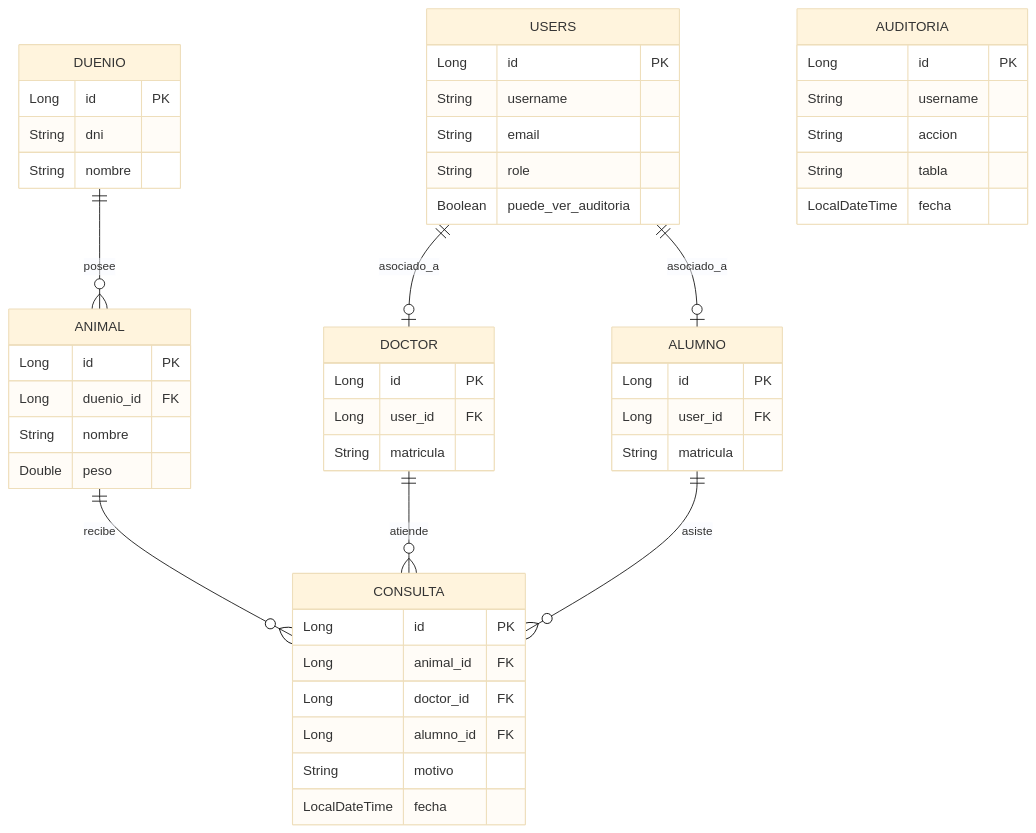
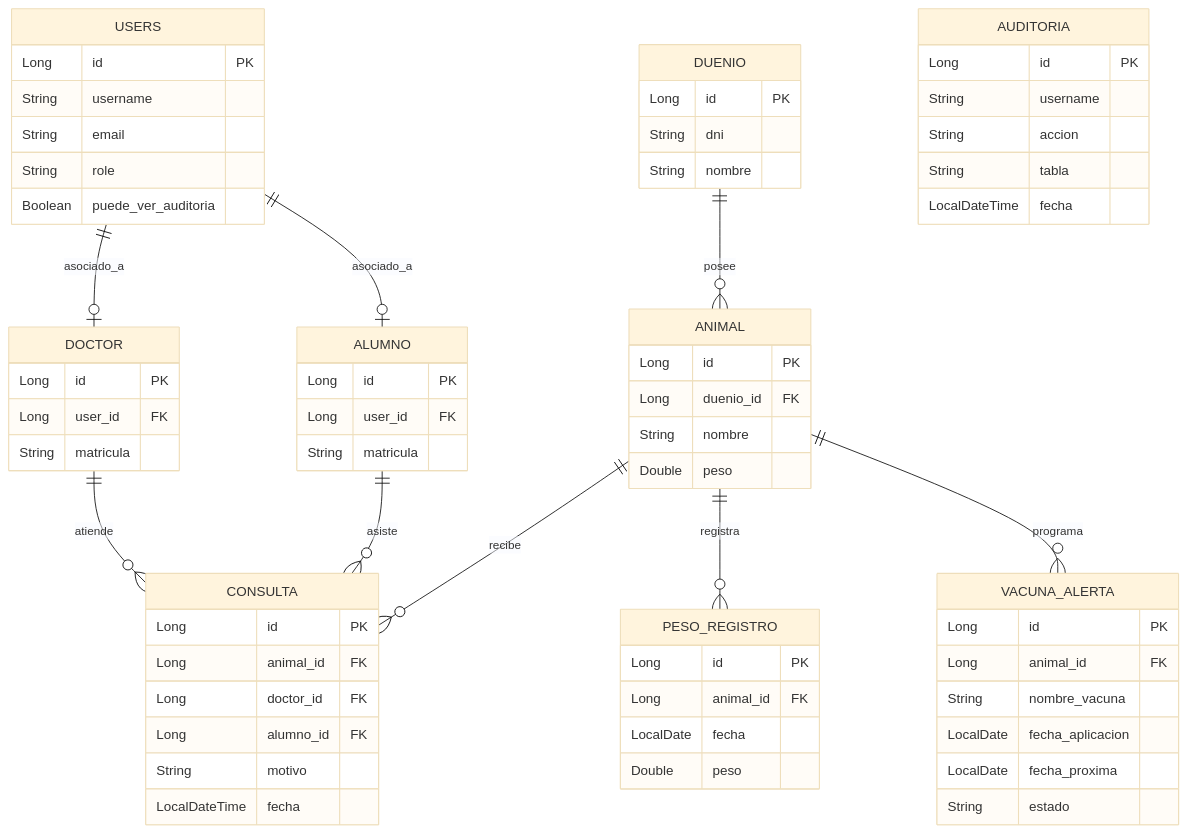
Before and after one commit to brixtar/siga1-modern: the third of 3 diagrams in docs/dossier_academico.md, drawn with Mermaid (base theme). The commit also changed other lines of this file and 24 other files, not shown here.

````diff
--- a/docs/dossier_academico.md
+++ b/docs/dossier_academico.md
@@ -88,53 +96,69 @@
 ```mermaid
 erDiagram
     USERS {
         Long id PK
         String username
         String email
         String role
         Boolean puede_ver_auditoria
     }
     DOCTOR {
         Long id PK
         Long user_id FK
         String matricula
     }
     ALUMNO {
         Long id PK
         Long user_id FK
         String matricula
     }
     DUENIO {
         Long id PK
         String dni
         String nombre
     }
     ANIMAL {
         Long id PK
         Long duenio_id FK
         String nombre
         Double peso
     }
     CONSULTA {
         Long id PK
         Long animal_id FK
         Long doctor_id FK
         Long alumno_id FK
         String motivo
         LocalDateTime fecha
     }
     AUDITORIA {
         Long id PK
         String username
         String accion
         String tabla
         LocalDateTime fecha
     }
+    PESO_REGISTRO {
+        Long id PK
+        Long animal_id FK
+        LocalDate fecha
+        Double peso
+    }
+    VACUNA_ALERTA {
+        Long id PK
+        Long animal_id FK
+        String nombre_vacuna
+        LocalDate fecha_aplicacion
+        LocalDate fecha_proxima
+        String estado
+    }
 
     USERS ||--o| DOCTOR : "asociado_a"
     USERS ||--o| ALUMNO : "asociado_a"
     DUENIO ||--o{ ANIMAL : "posee"
     ANIMAL ||--o{ CONSULTA : "recibe"
     DOCTOR ||--o{ CONSULTA : "atiende"
     ALUMNO ||--o{ CONSULTA : "asiste"
+    ANIMAL ||--o{ PESO_REGISTRO : "registra"
+    ANIMAL ||--o{ VACUNA_ALERTA : "programa"
 ```
````
